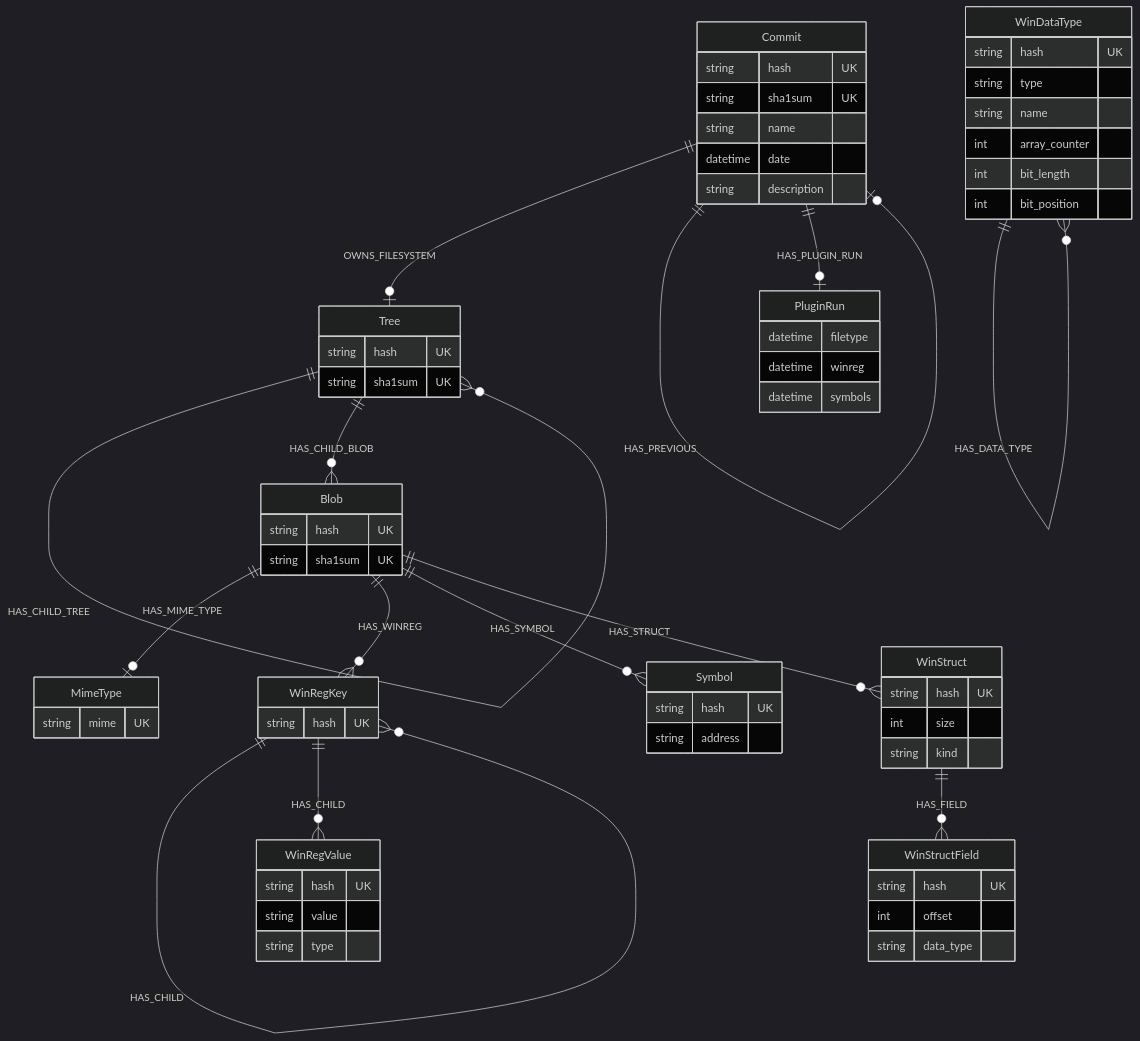
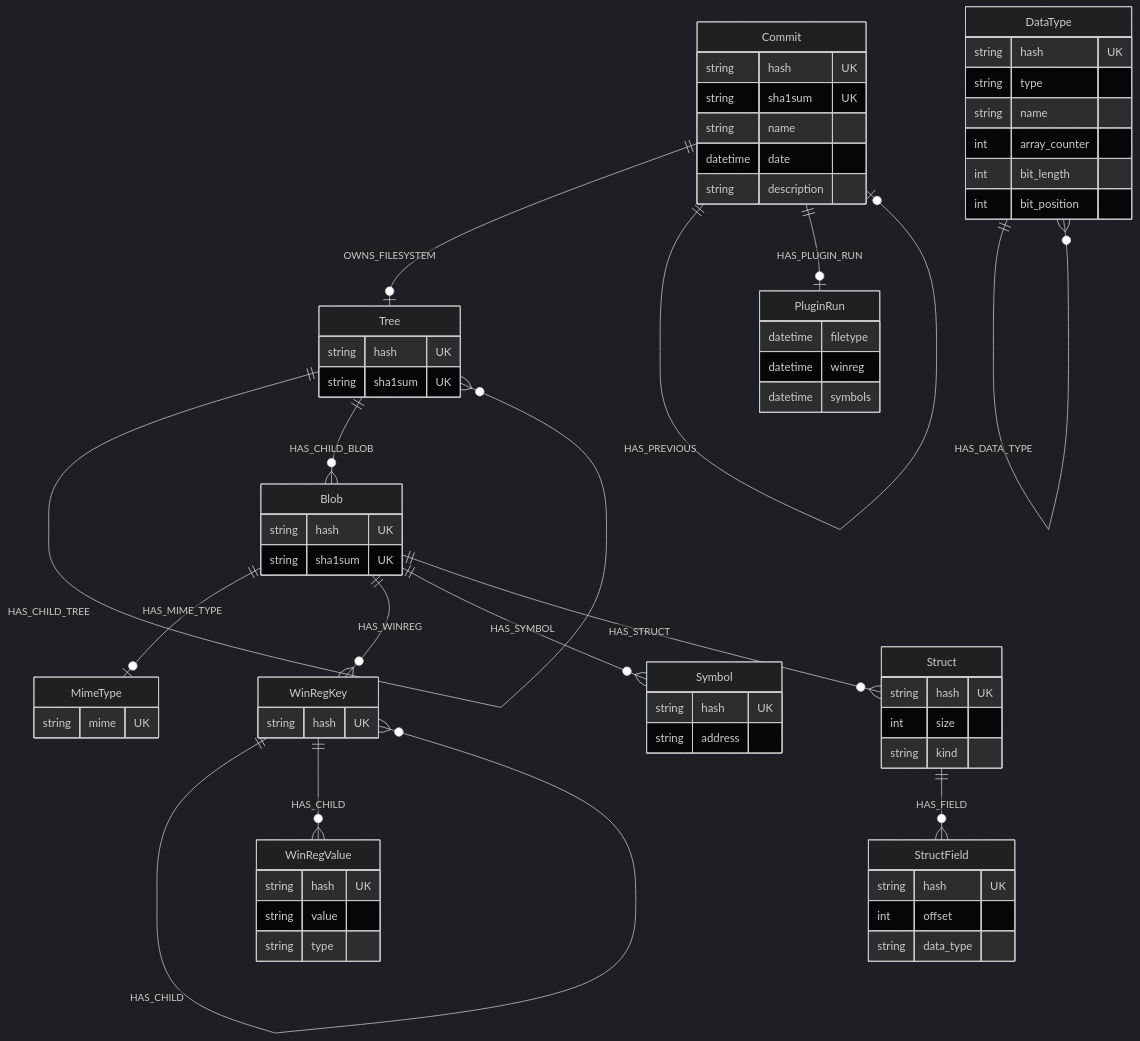
Before and after one commit to OSWatcher/oswatcher-plugins: the fifth of 5 diagrams in docs/reference/data-model.md, drawn with Mermaid (dark theme). The commit also changed other lines of this file, not shown here.

First line of the commit message:
docs: enhance WinDataType documentation with detailed type cases

```diff
--- a/docs/reference/data-model.md
+++ b/docs/reference/data-model.md
@@ -263,14 +539,14 @@
     Blob ||--o| MimeType : HAS_MIME_TYPE
     Blob ||--o{ WinRegKey : HAS_WINREG
     Blob ||--o{ Symbol : HAS_SYMBOL
-    Blob ||--o{ WinStruct : HAS_STRUCT
+    Blob ||--o{ Struct : HAS_STRUCT
 
     WinRegKey ||--o{ WinRegKey : HAS_CHILD
     WinRegKey ||--o{ WinRegValue : HAS_CHILD
 
-    WinStruct ||--o{ WinStructField : HAS_FIELD
+    Struct ||--o{ StructField : HAS_FIELD
 
-    WinDataType ||--o{ WinDataType : HAS_DATA_TYPE
+    DataType ||--o{ DataType : HAS_DATA_TYPE
 
     Commit {
         string hash UK
@@ -315,19 +591,19 @@
         string address
     }
 
-    WinStruct {
+    Struct {
         string hash UK
         int size
         string kind
     }
 
-    WinStructField {
+    StructField {
         string hash UK
         int offset
         string data_type
     }
 
-    WinDataType {
+    DataType {
         string hash UK
         string type
         string name
```
